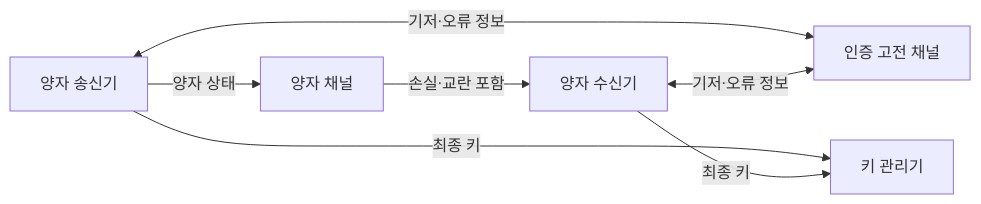
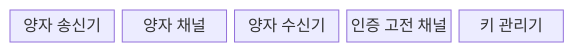
One commit to agnusdei1207/knowledge-base changed the first of 2 diagrams in src/content/docs/notes/04-network/100_quantum_key_distribution.md. Above: the diagram before and after it, drawn with Mermaid. The commit also changed other lines of this file and 21 other files, not shown here.

````diff
--- a/src/content/docs/notes/04-network/100_quantum_key_distribution.md
+++ b/src/content/docs/notes/04-network/100_quantum_key_distribution.md
@@ -55,9 +55,9 @@
 ```mermaid
-flowchart LR
-    A["양자 송신기"] -->|양자 상태| B["양자 채널"]
-    B -->|손실·교란 포함| C["양자 수신기"]
-    A <-->|기저·오류 정보| D["인증 고전 채널"]
-    C <-->|기저·오류 정보| D
-    A -->|최종 키| E["키 관리기"]
-    C -->|최종 키| E
+block-beta
+    columns 5
+    A["양자 송신기"]
+    B["양자 채널"]
+    C["양자 수신기"]
+    D["인증 고전 채널"]
+    E["키 관리기"]
 ```
````
